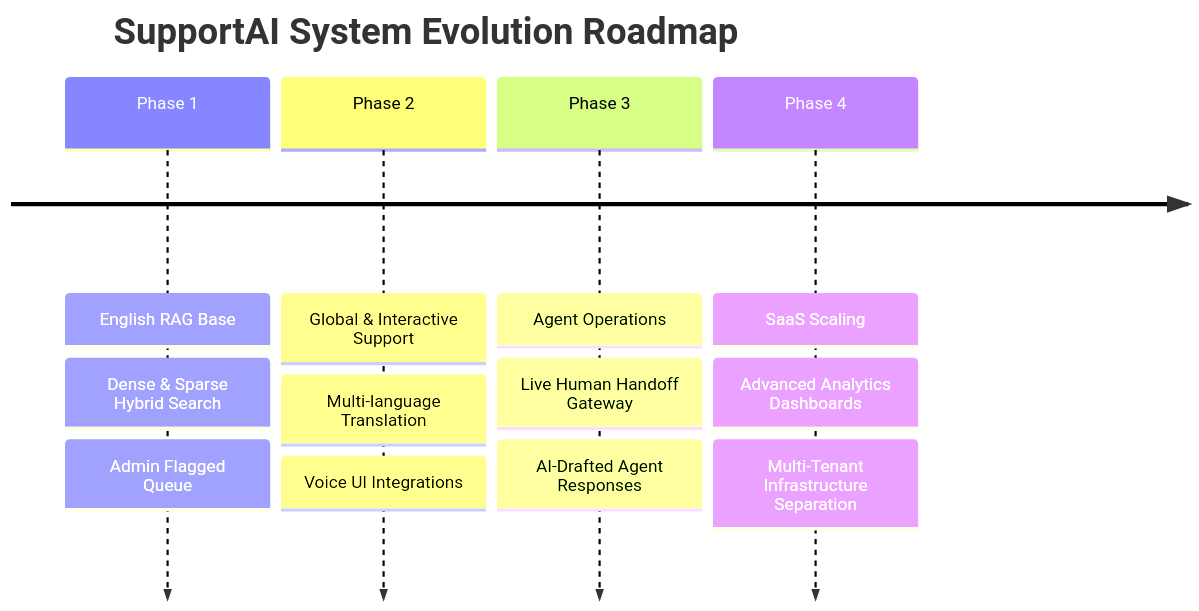
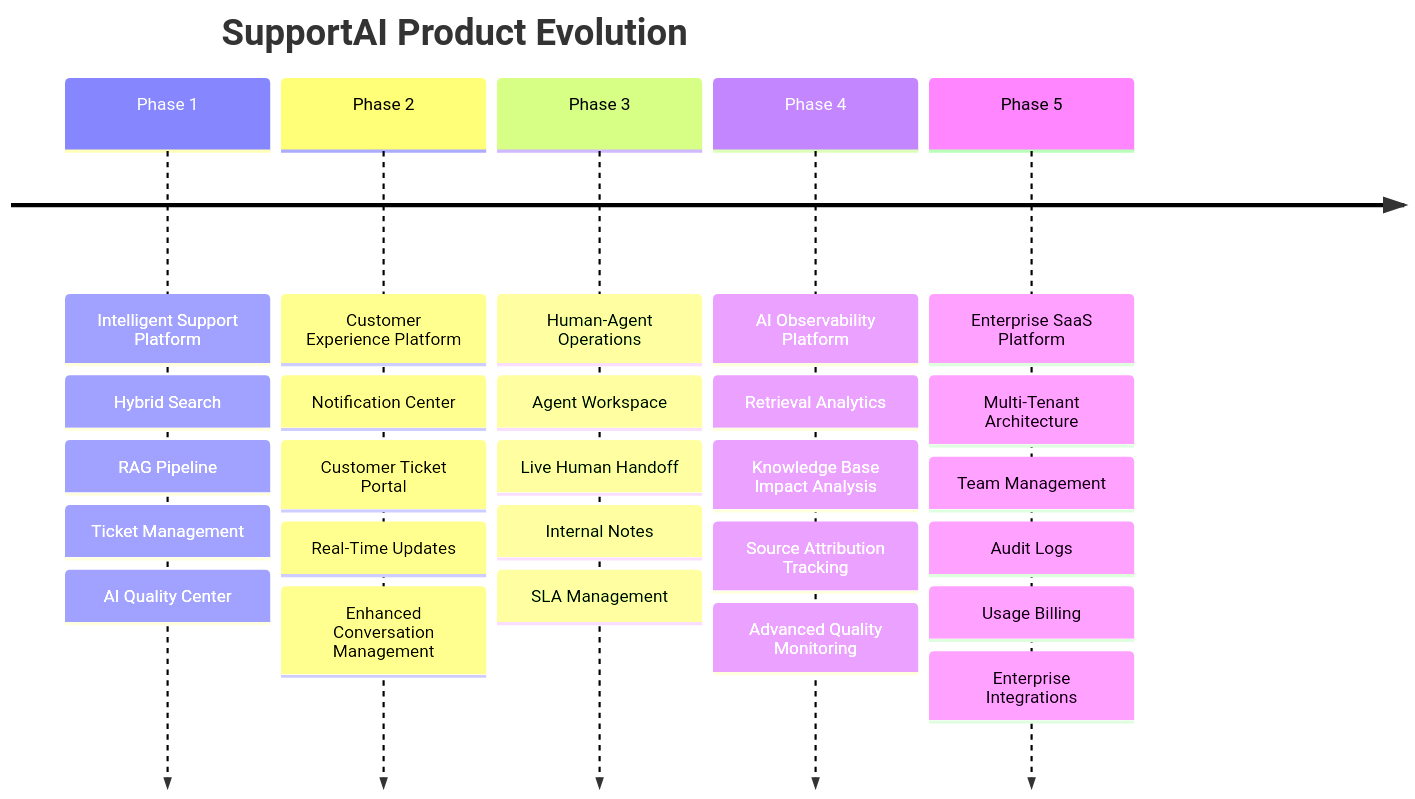
One commit to Prithunandananks/SupportAI changed the fifth of 5 diagrams in support_ai_architecture_specification.md. Above: the diagram before and after it, drawn with Mermaid. The commit also changed other lines of this file, not shown here.

````diff
--- a/support_ai_architecture_specification.md
+++ b/support_ai_architecture_specification.md
@@ -709,8 +1920,35 @@
 ```mermaid
 timeline
-    title SupportAI System Evolution Roadmap
-    Phase 1 : English RAG Base : Dense & Sparse Hybrid Search : Admin Flagged Queue
-    Phase 2 : Global & Interactive Support : Multi-language Translation : Voice UI Integrations
-    Phase 3 : Agent Operations : Live Human Handoff Gateway : AI-Drafted Agent Responses
-    Phase 4 : SaaS Scaling : Advanced Analytics Dashboards : Multi-Tenant Infrastructure Separation
+    title SupportAI Product Evolution
+
+    Phase 1 : Intelligent Support Platform
+            : Hybrid Search
+            : RAG Pipeline
+            : Ticket Management
+            : AI Quality Center
+
+    Phase 2 : Customer Experience Platform
+            : Notification Center
+            : Customer Ticket Portal
+            : Real-Time Updates
+            : Enhanced Conversation Management
+
+    Phase 3 : Human-Agent Operations
+            : Agent Workspace
+            : Live Human Handoff
+            : Internal Notes
+            : SLA Management
+
+    Phase 4 : AI Observability Platform
+            : Retrieval Analytics
+            : Knowledge Base Impact Analysis
+            : Source Attribution Tracking
+            : Advanced Quality Monitoring
+
+    Phase 5 : Enterprise SaaS Platform
+            : Multi-Tenant Architecture
+            : Team Management
+            : Audit Logs
+            : Usage Billing
+            : Enterprise Integrations
 ```
````
